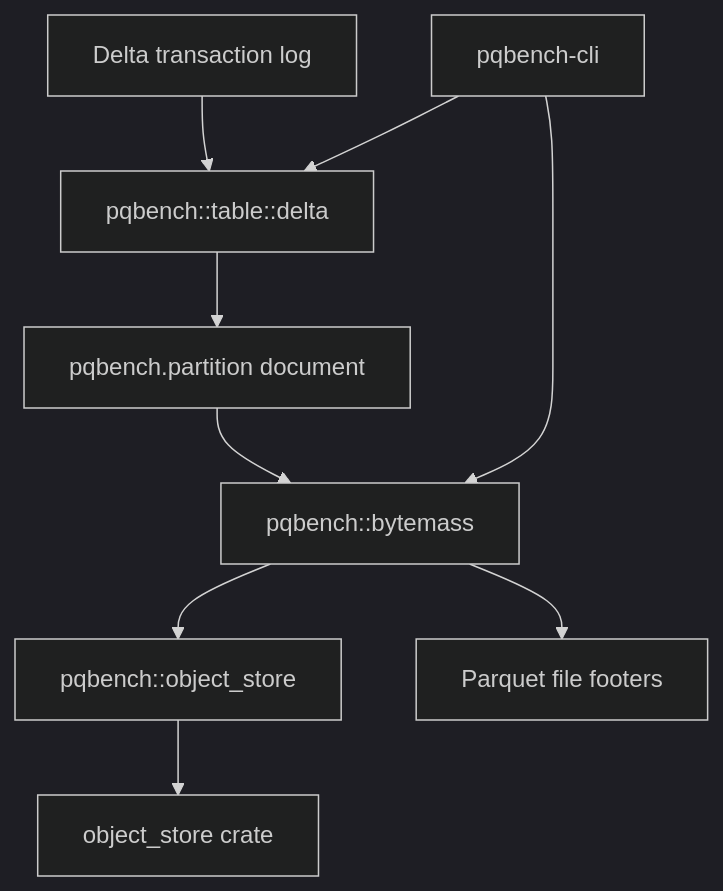
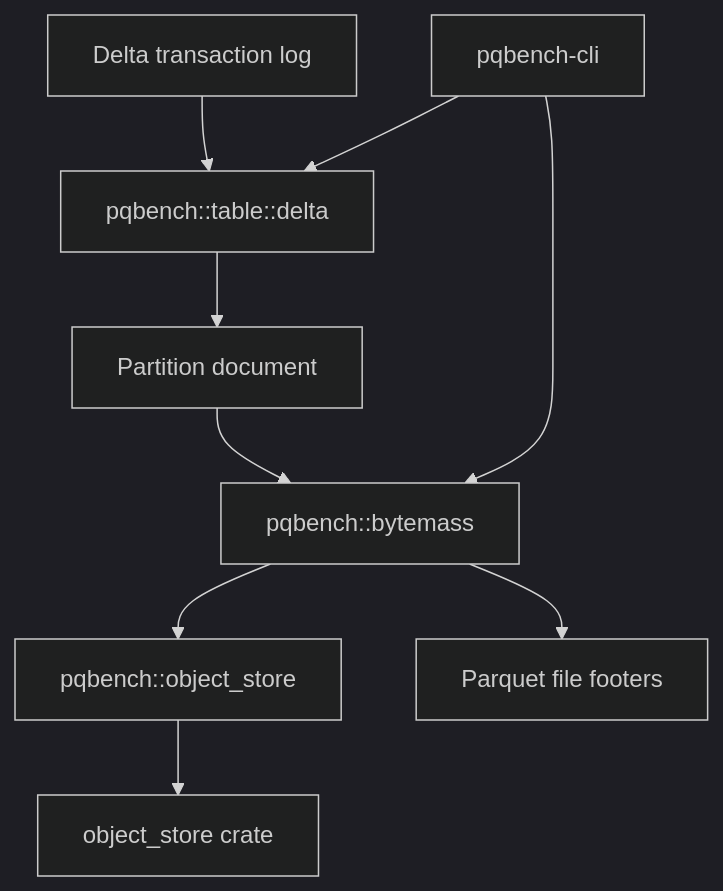
One commit to pqbench/pqbench changed the diagram in docs/delta.md. Above: the diagram before and after it, drawn with Mermaid (dark theme). The commit also changed other lines of this file and 63 other files, not shown here.

````diff
--- a/docs/delta.md
+++ b/docs/delta.md
@@ -9,11 +9,11 @@
 ```mermaid
 flowchart TD
     delta_log[Delta transaction log] --> delta[pqbench::table::delta]
-    delta --> document[pqbench.partition document]
+    delta --> document[Partition document]
     document --> bytemass[pqbench::bytemass]
     bytemass --> isolation[pqbench::object_store]
     isolation --> object_store[object_store crate]
     bytemass --> parquet[Parquet file footers]
     pqbench_cli[pqbench-cli] --> delta
     pqbench_cli --> bytemass
 ```
````
